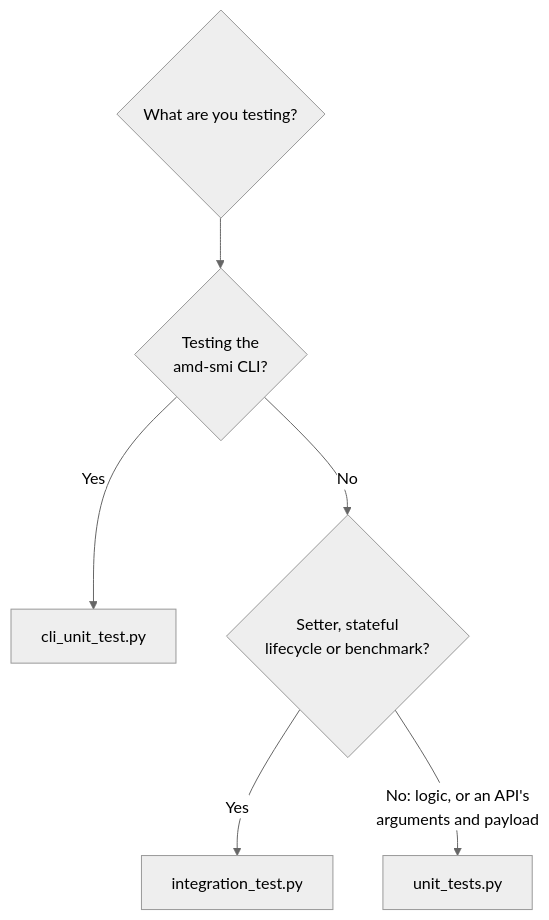
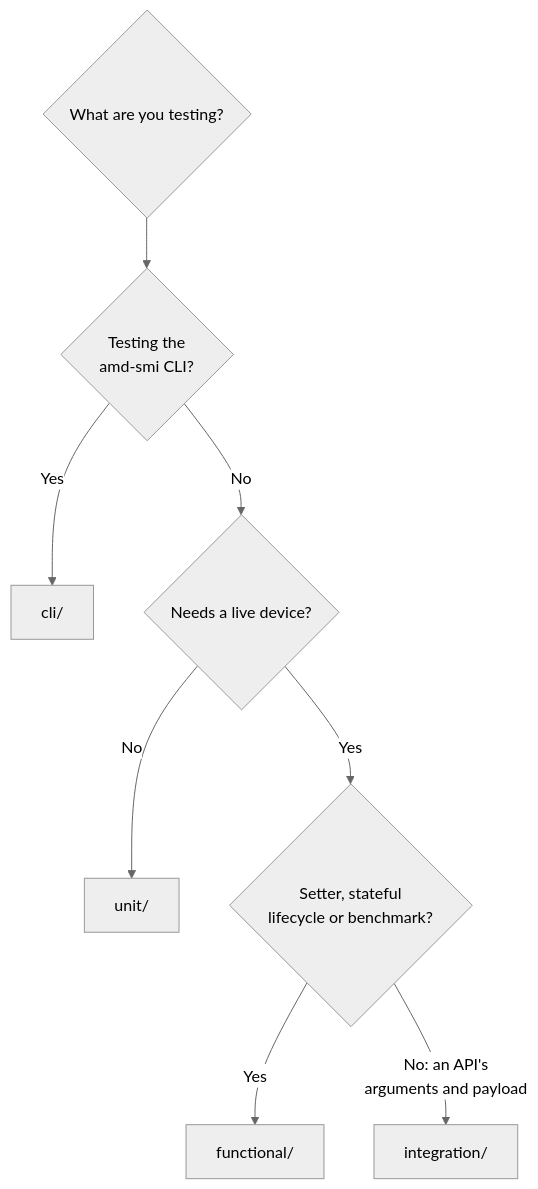
Before and after one commit to ROCm/rocm-systems: the second of 4 diagrams in projects/amdsmi/tests/python/README.md, drawn with Mermaid (neutral theme). The commit also changed other lines of this file and 45 other files, not shown here.

First line of the commit message:
test(amdsmi): split the python suites into unit, integration and functional tiers

````diff
--- a/projects/amdsmi/tests/python/README.md
+++ b/projects/amdsmi/tests/python/README.md
@@ -138,8 +150,10 @@
 ```mermaid
 flowchart TD
     Q{What are you testing?} --> C{Testing the<br/>amd-smi CLI?}
-    C -->|Yes| CT[cli_unit_test.py]
-    C -->|No| S{Setter, stateful<br/>lifecycle or benchmark?}
-    S -->|Yes| IT[integration_test.py]
-    S -->|No: logic, or an API's<br/>arguments and payload| UT[unit_tests.py]
+    C -->|Yes| CT[cli/]
+    C -->|No| H{Needs a live device?}
+    H -->|No| UT[unit/]
+    H -->|Yes| S{Setter, stateful<br/>lifecycle or benchmark?}
+    S -->|Yes| FT[functional/]
+    S -->|No: an API's<br/>arguments and payload| IT[integration/]
 ```
````
